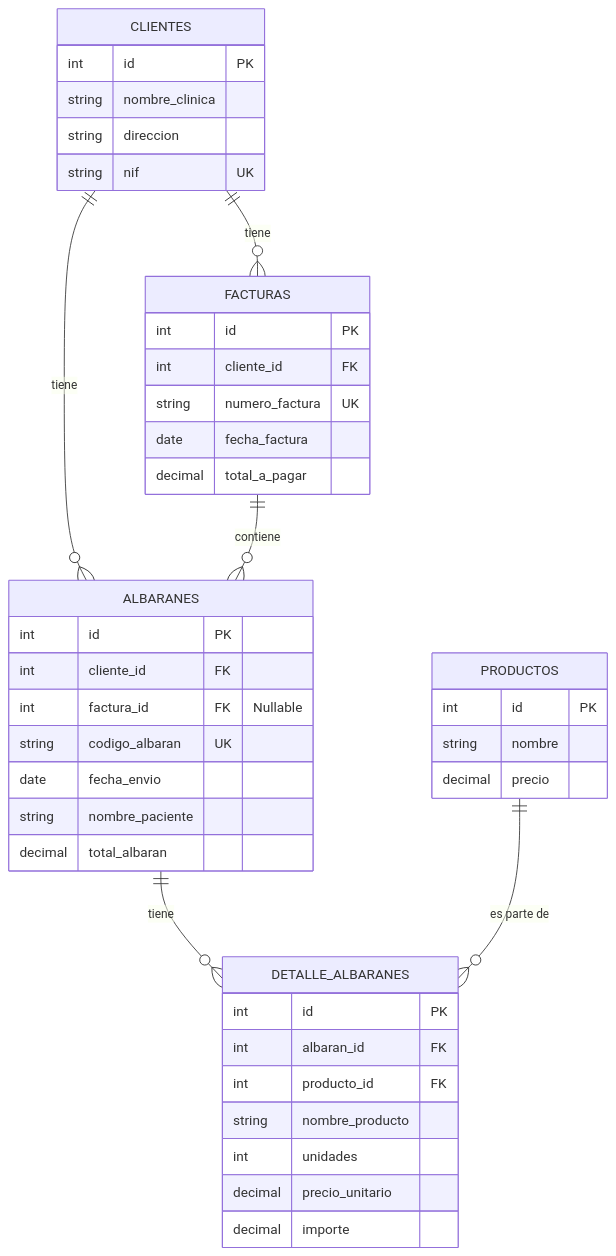
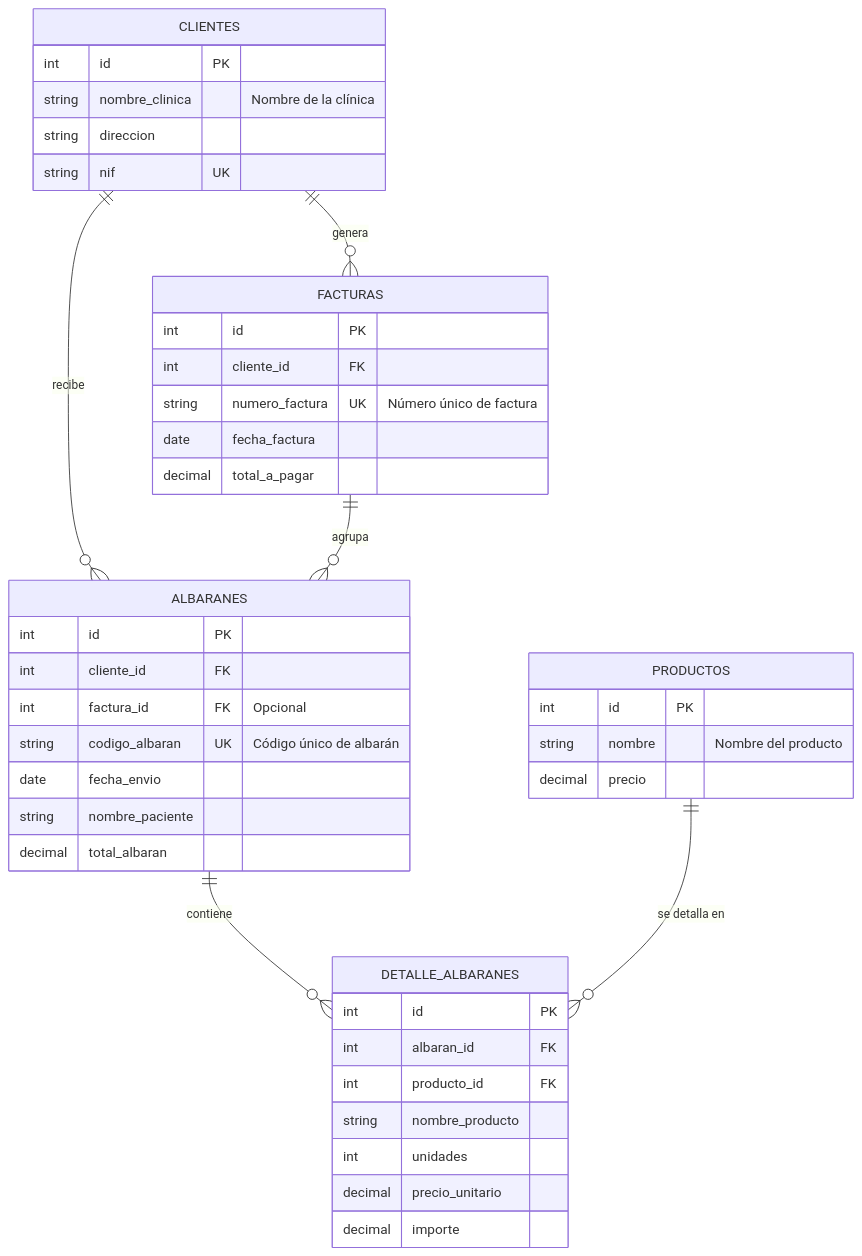
Before and after one commit to Triano83/Dental: the diagram in README.md, drawn with Mermaid. The commit also changed other lines of this file, not shown here.

````diff
--- a/README.md
+++ b/README.md
@@ -70,50 +49,50 @@
 ```mermaid
 erDiagram
     CLIENTES {
         int id PK
-        string nombre_clinica
+        string nombre_clinica "Nombre de la clínica"
         string direccion
         string nif UK
     }
 
     PRODUCTOS {
         int id PK
-        string nombre
+        string nombre "Nombre del producto"
         decimal precio
     }
 
     FACTURAS {
         int id PK
         int cliente_id FK
-        string numero_factura UK
+        string numero_factura UK "Número único de factura"
         date fecha_factura
         decimal total_a_pagar
     }
 
     ALBARANES {
         int id PK
         int cliente_id FK
-        int factura_id FK "Nullable"
-        string codigo_albaran UK
+        int factura_id FK "Opcional"
+        string codigo_albaran UK "Código único de albarán"
         date fecha_envio
         string nombre_paciente
         decimal total_albaran
     }
 
     DETALLE_ALBARANES {
         int id PK
         int albaran_id FK
         int producto_id FK
         string nombre_producto
         int unidades
         decimal precio_unitario
         decimal importe
     }
 
-    CLIENTES ||--o{ FACTURAS : "tiene"
-    CLIENTES ||--o{ ALBARANES : "tiene"
-    FACTURAS ||--o{ ALBARANES : "contiene"
-    ALBARANES ||--o{ DETALLE_ALBARANES : "tiene"
-    PRODUCTOS ||--o{ DETALLE_ALBARANES : "es parte de"
+    CLIENTES ||--o{ FACTURAS : "genera"
+    CLIENTES ||--o{ ALBARANES : "recibe"
+    FACTURAS ||--o{ ALBARANES : "agrupa"
+    ALBARANES ||--o{ DETALLE_ALBARANES : "contiene"
+    PRODUCTOS ||--o{ DETALLE_ALBARANES : "se detalla en"
 
 ```
````
